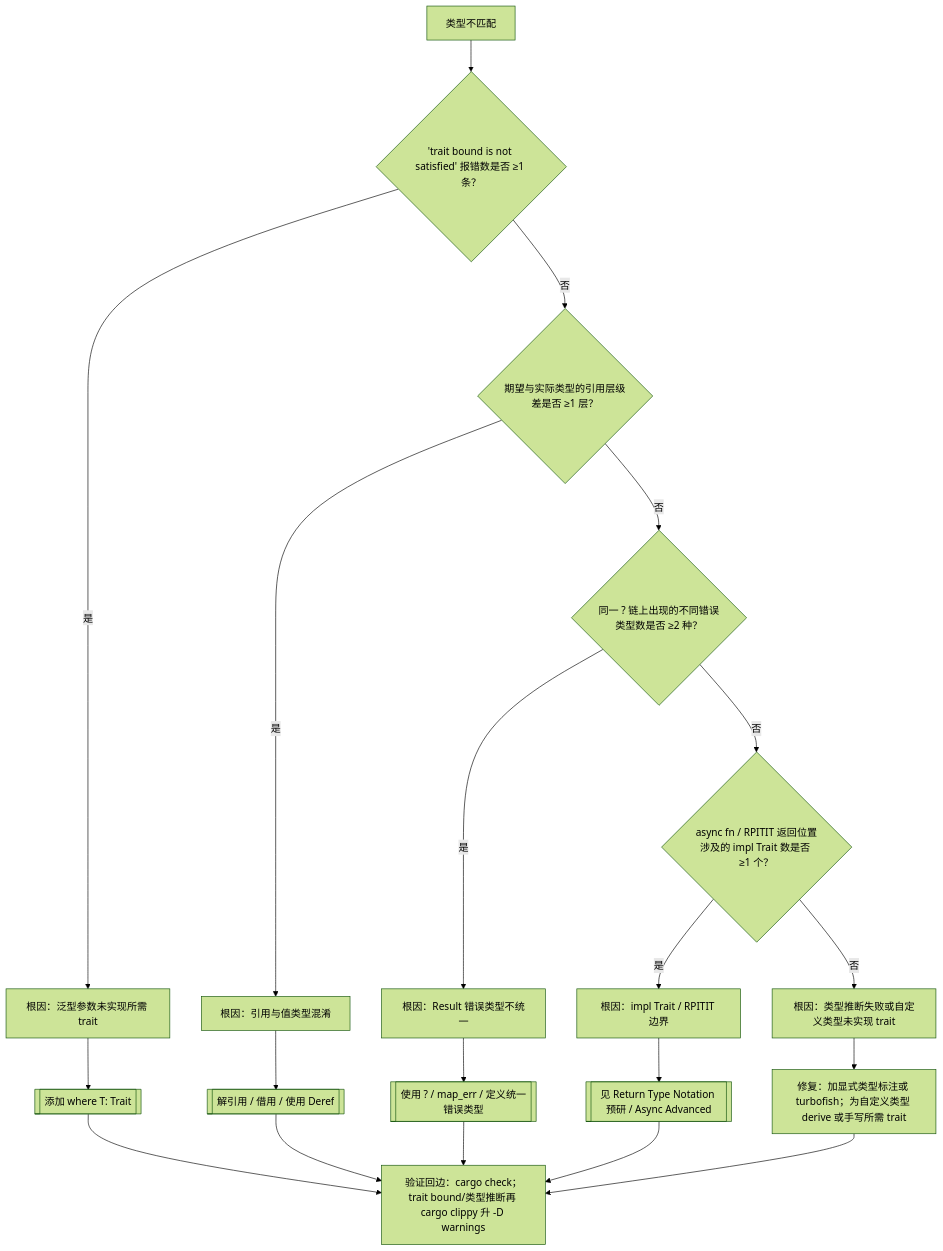
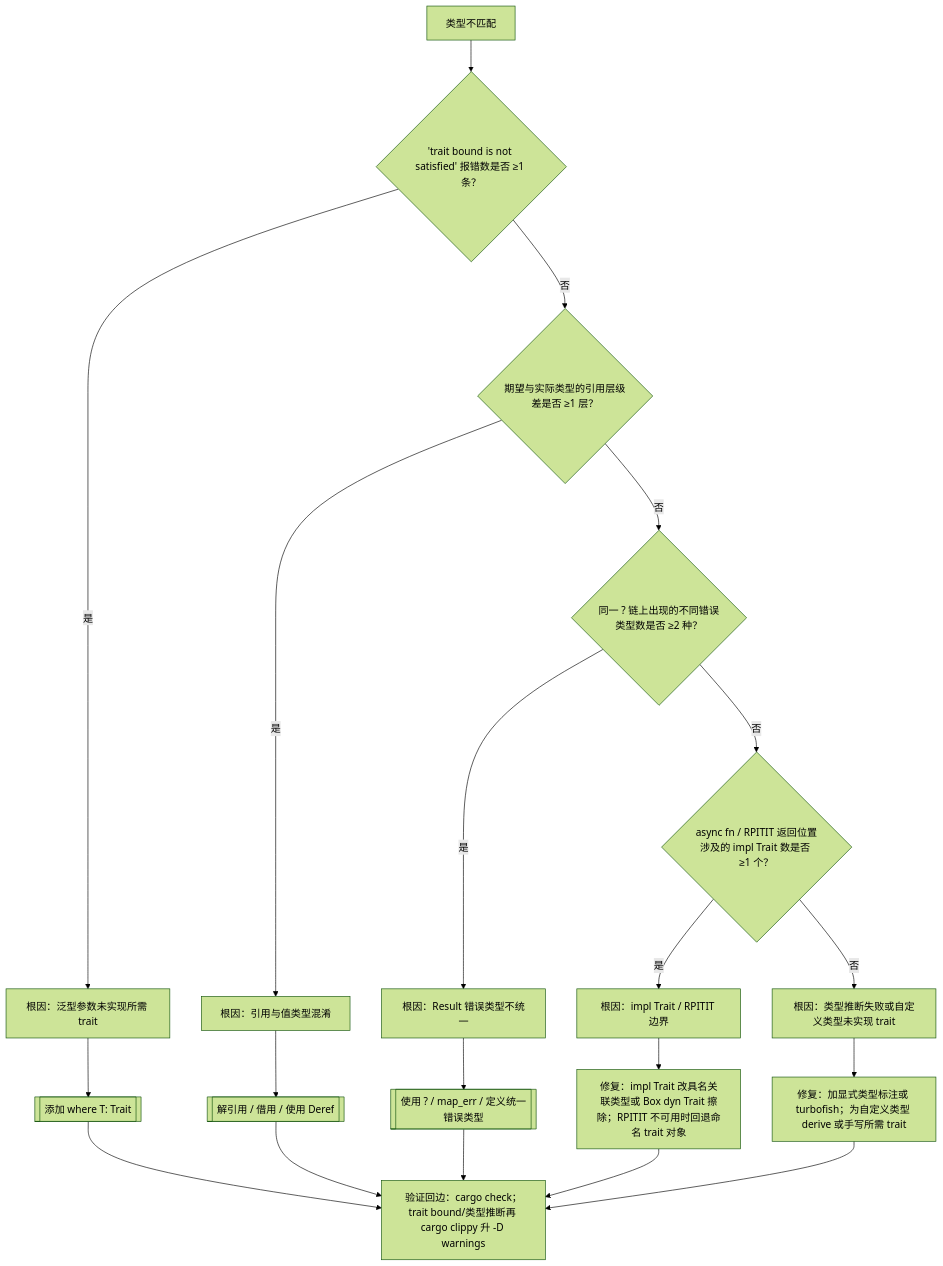
One commit to martin-ly/rust-lang changed the third of 6 diagrams in concept/00_meta/knowledge_topology/09_reasoning_judgment_tree_atlas.md. Above: the diagram before and after it, drawn with Mermaid (forest theme). The commit also changed other lines of this file and 1409 other files, not shown here.

````diff
--- a/concept/00_meta/knowledge_topology/09_reasoning_judgment_tree_atlas.md
+++ b/concept/00_meta/knowledge_topology/09_reasoning_judgment_tree_atlas.md
@@ -88,22 +88,22 @@
 ```mermaid
 flowchart TD
     T[类型不匹配] --> Q1{"'trait bound is not satisfied' 报错数是否 ≥1 条？"}
     Q1 -->|是| R1[根因：泛型参数未实现所需 trait]
     Q1 -->|否| Q2{"期望与实际类型的引用层级差是否 ≥1 层？"}
     Q2 -->|是| R2[根因：引用与值类型混淆]
     Q2 -->|否| Q3{"同一 ? 链上出现的不同错误类型数是否 ≥2 种？"}
     Q3 -->|是| R3[根因：Result 错误类型不统一]
     Q3 -->|否| Q4{"async fn / RPITIT 返回位置涉及的 impl Trait 数是否 ≥1 个？"}
     Q4 -->|是| R4[根因：impl Trait / RPITIT 边界]
     Q4 -->|否| R5[根因：类型推断失败或自定义类型未实现 trait]
     R1 --> F1[[添加 where T: Trait]]
     R2 --> F2[[解引用 / 借用 / 使用 Deref]]
     R3 --> F3[[使用 ? / map_err / 定义统一错误类型]]
-    R4 --> F4[[见 Return Type Notation 预研 / Async Advanced]]
+    R4 --> F4[修复：impl Trait 改具名关联类型或 Box dyn Trait 擦除；RPITIT 不可用时回退命名 trait 对象]
     R5 --> F5[修复：加显式类型标注或 turbofish；为自定义类型 derive 或手写所需 trait]
     F1 --> V3[验证回边：cargo check；trait bound/类型推断再 cargo clippy 升 -D warnings]
     F2 --> V3
     F3 --> V3
     F4 --> V3
     F5 --> V3
 ```
````
